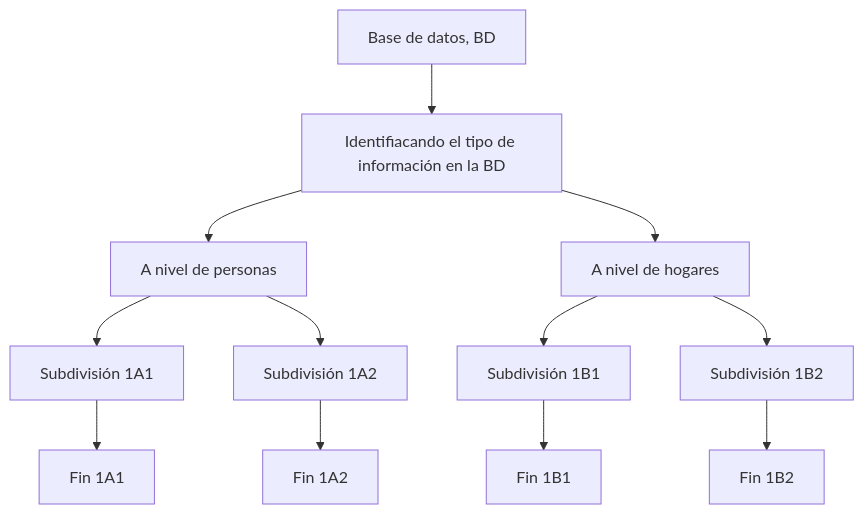
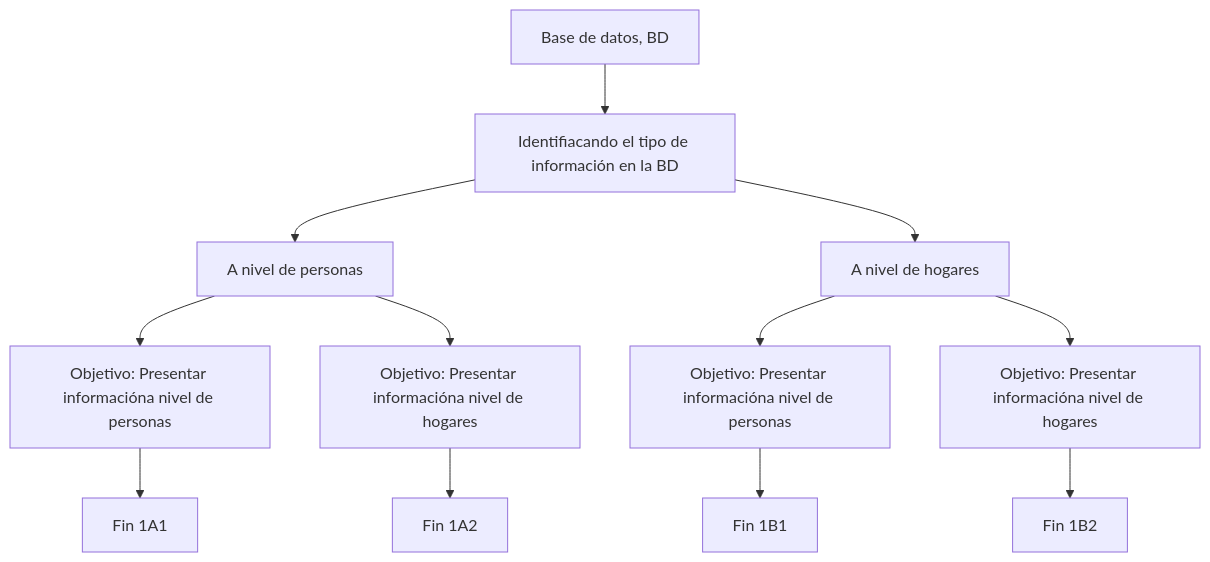
Before and after one commit to AlejandroPerezPortocarrero/Descriptive_analysis_ENAHO: the diagram in 01_Factores_expansión.md, drawn with Mermaid.

````diff
--- a/01_Factores_expansión.md
+++ b/01_Factores_expansión.md
@@ -67,14 +67,14 @@
 ```mermaid
 graph TD;
     st[Base de datos, BD] --> split1[Identifiacando el tipo de información en la BD];
     split1 --> split2a[A nivel de personas];
     split1 --> split2b[A nivel de hogares];
-    split2a --> split3a[Subdivisión 1A1];
-    split2a --> split3b[Subdivisión 1A2];
-    split2b --> split5a[Subdivisión 1B1];
-    split2b --> split5b[Subdivisión 1B2];
+    split2a --> split3a[Objetivo: Presentar informacióna nivel de personas];
+    split2a --> split3b[Objetivo: Presentar informacióna nivel de hogares];
+    split2b --> split5a[Objetivo: Presentar informacióna nivel de personas];
+    split2b --> split5b[Objetivo: Presentar informacióna nivel de hogares];
     split3a --> split4a[Fin 1A1];
     split3b --> split4b[Fin 1A2];
     split5a --> split6a[Fin 1B1];
     split5b --> split6b[Fin 1B2];
 ```
````
